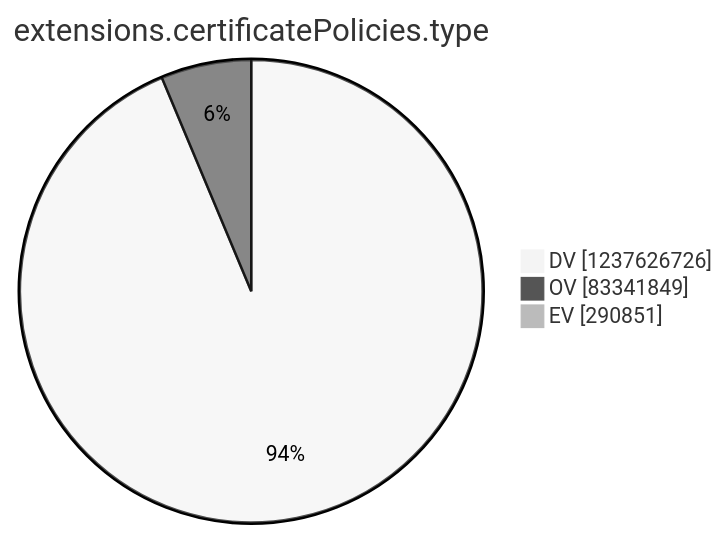
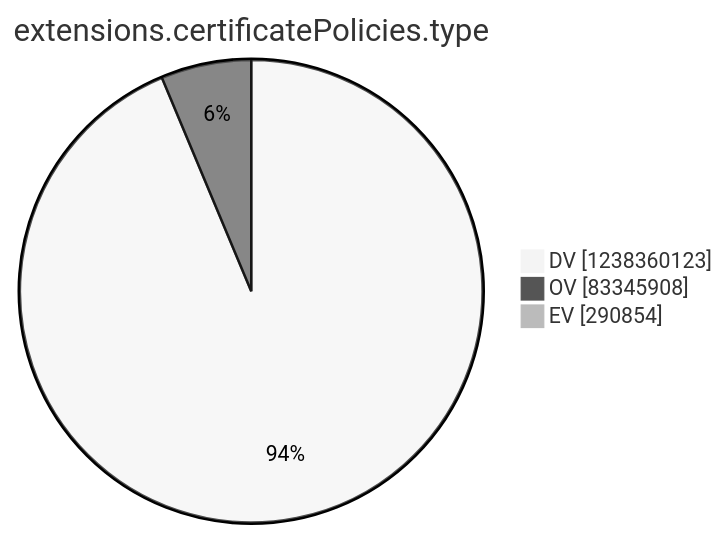
The tenth of 15 diagrams in argon2022/README.md (christiankrug/ctmonitor_visualization), drawn with Mermaid (neutral theme) before and after one commit. The commit also changed other lines of this file, not shown here.

````diff
--- a/argon2022/README.md
+++ b/argon2022/README.md
@@ -2771,7 +2771,7 @@
 ```mermaid
 pie showData
 title extensions.certificatePolicies.type
-"DV" :1237626726
-"OV" :83341849
-"EV" :290851
+"DV" :1238360123
+"OV" :83345908
+"EV" :290854
 ```
````
